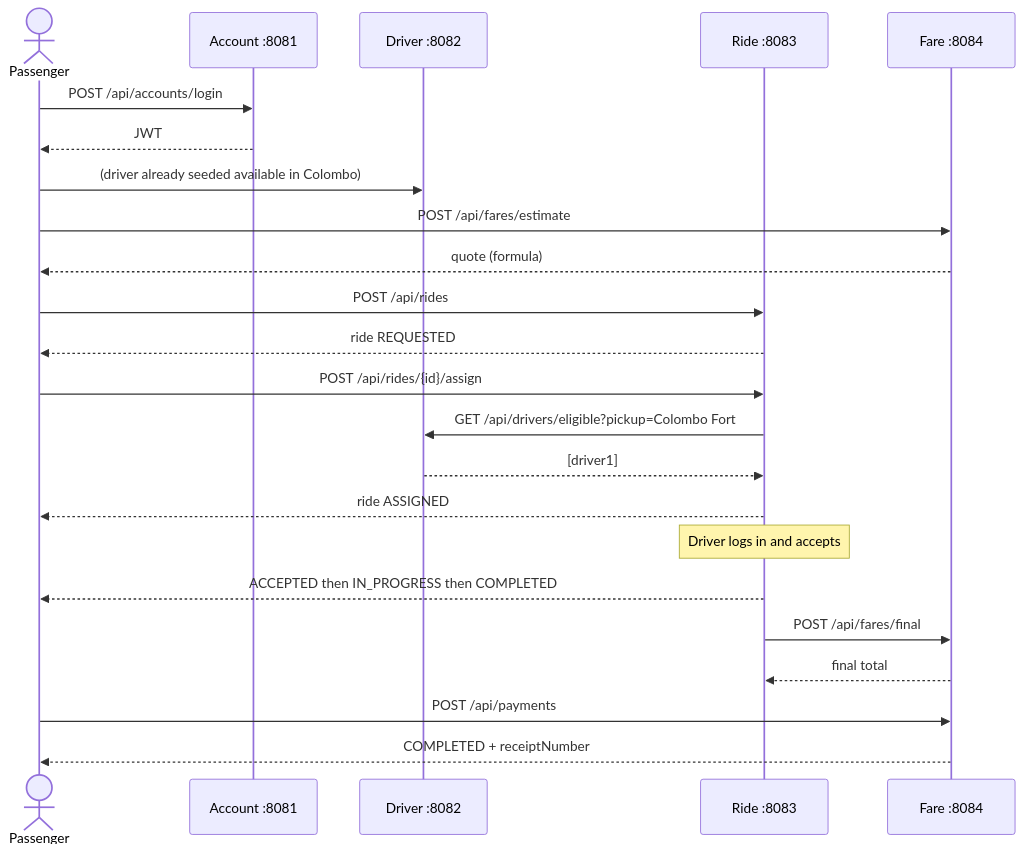
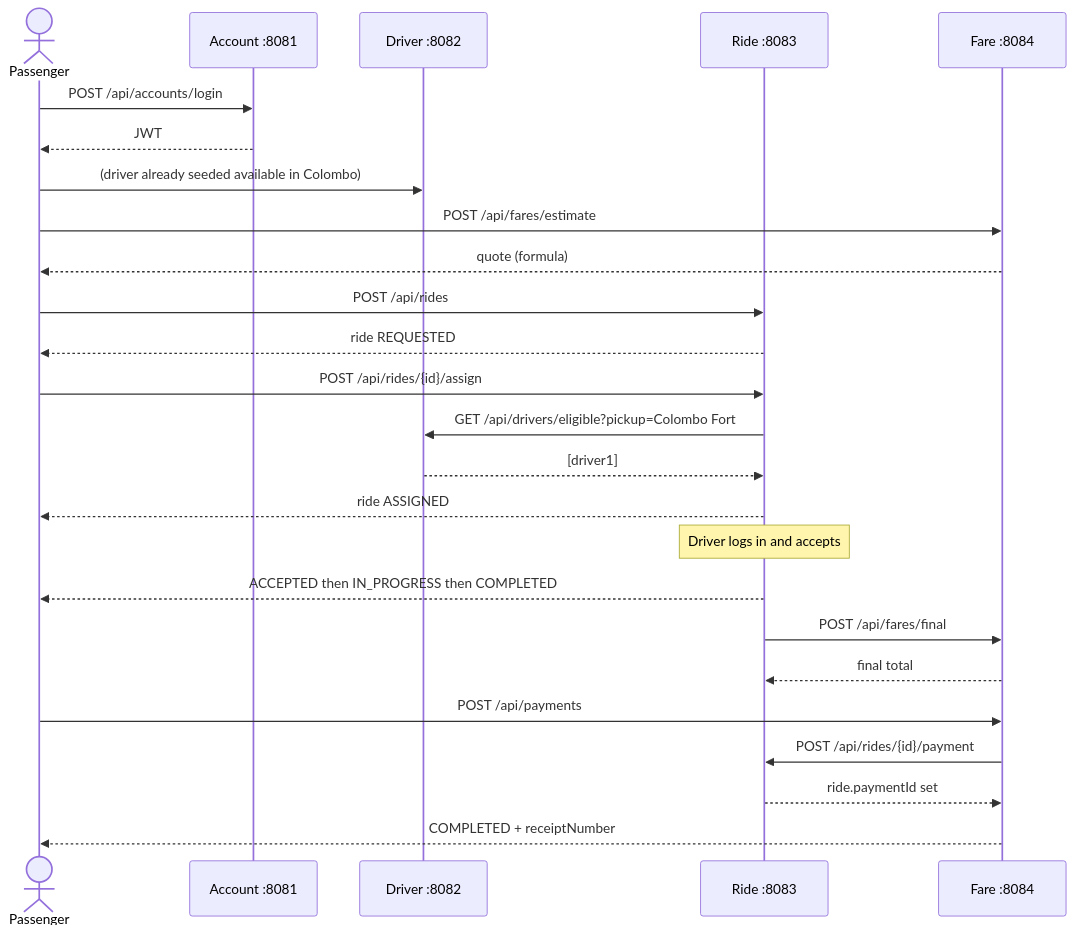
One commit to IT24104300/RideLink-AD- changed the second of 2 diagrams in docs/architecture.md. Above: the diagram before and after it, drawn with Mermaid. The commit also changed other lines of this file and 15 other files, not shown here.

Commit message:
Attach successful payment IDs onto rides and add viva/member guides.

````diff
--- a/docs/architecture.md
+++ b/docs/architecture.md
@@ -73,26 +76,28 @@
 ```mermaid
 sequenceDiagram
   actor P as Passenger
   participant A as Account :8081
   participant D as Driver :8082
   participant R as Ride :8083
   participant F as Fare :8084
 
   P->>A: POST /api/accounts/login
   A-->>P: JWT
   P->>D: (driver already seeded available in Colombo)
   P->>F: POST /api/fares/estimate
   F-->>P: quote (formula)
   P->>R: POST /api/rides
   R-->>P: ride REQUESTED
   P->>R: POST /api/rides/{id}/assign
   R->>D: GET /api/drivers/eligible?pickup=Colombo Fort
   D-->>R: [driver1]
   R-->>P: ride ASSIGNED
   Note over R: Driver logs in and accepts
   R-->>P: ACCEPTED then IN_PROGRESS then COMPLETED
   R->>F: POST /api/fares/final
   F-->>R: final total
   P->>F: POST /api/payments
+  F->>R: POST /api/rides/{id}/payment
+  R-->>F: ride.paymentId set
   F-->>P: COMPLETED + receiptNumber
 ```
````
